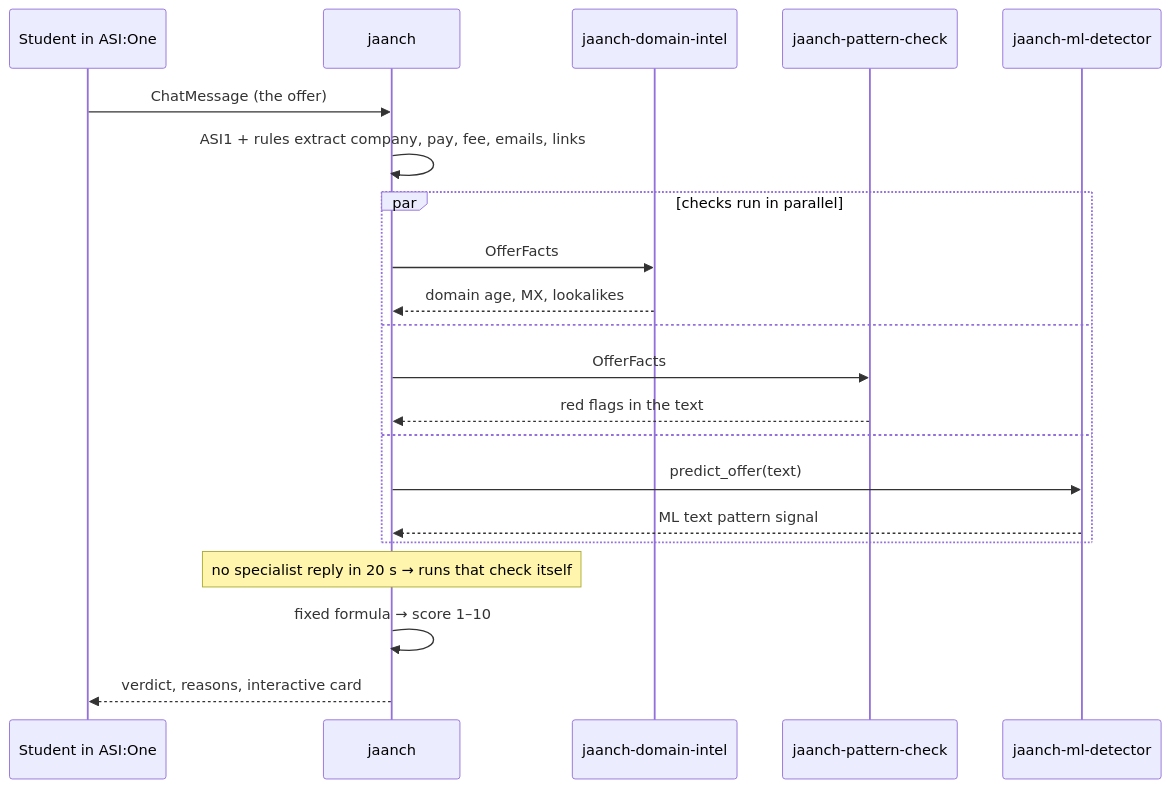
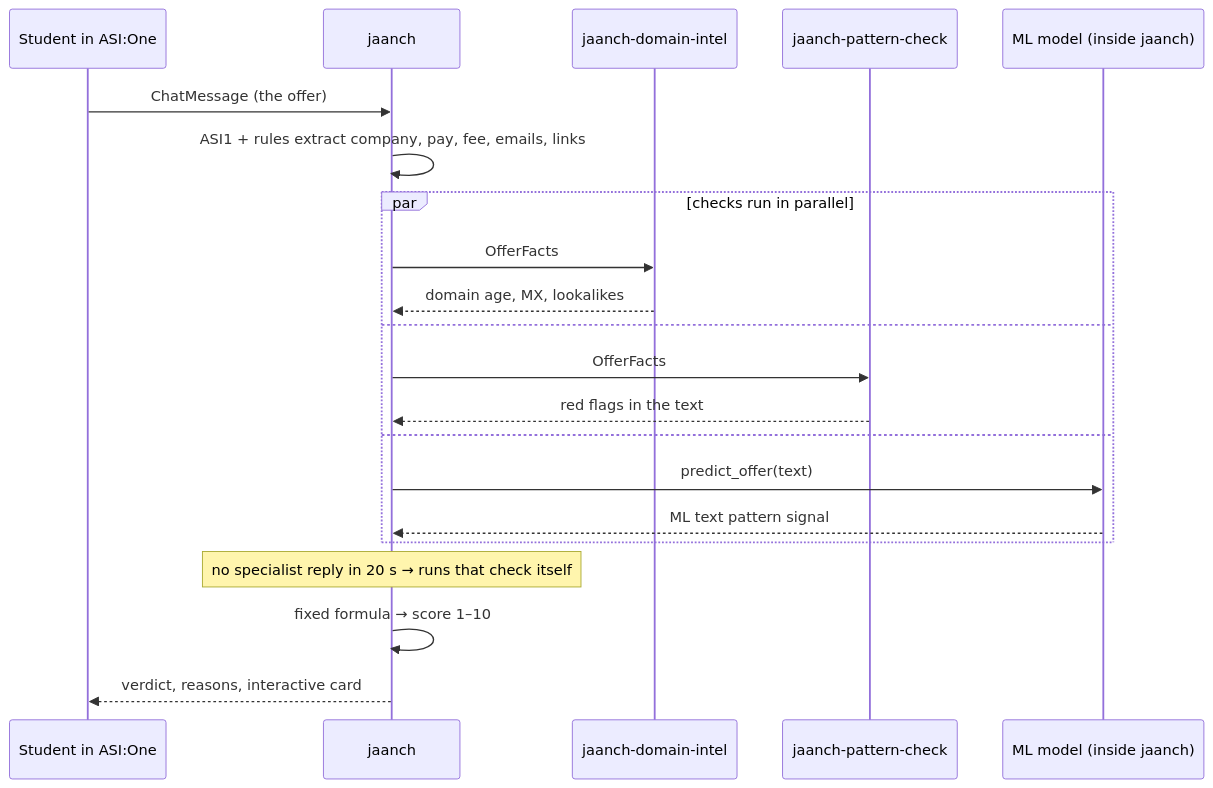
The second of 2 diagrams in README.md (abhishekgoswami0720/jaanch), drawn with Mermaid before and after one commit. The commit also changed other lines of this file and 4 other files, not shown here.

````diff
--- a/README.md
+++ b/README.md
@@ -135,23 +135,23 @@
 ```mermaid
 sequenceDiagram
     participant U as Student in ASI:One
     participant J as jaanch
     participant D as jaanch-domain-intel
     participant P as jaanch-pattern-check
-    participant M as jaanch-ml-detector
+    participant M as ML model (inside jaanch)
     U->>J: ChatMessage (the offer)
     J->>J: ASI1 + rules extract company, pay, fee, emails, links
     par checks run in parallel
         J->>D: OfferFacts
         D-->>J: domain age, MX, lookalikes
     and
         J->>P: OfferFacts
         P-->>J: red flags in the text
     and
         J->>M: predict_offer(text)
         M-->>J: ML text pattern signal
     end
     Note over J: no specialist reply in 20 s → runs that check itself
     J->>J: fixed formula → score 1–10
     J-->>U: verdict, reasons, interactive card
 ```
````
